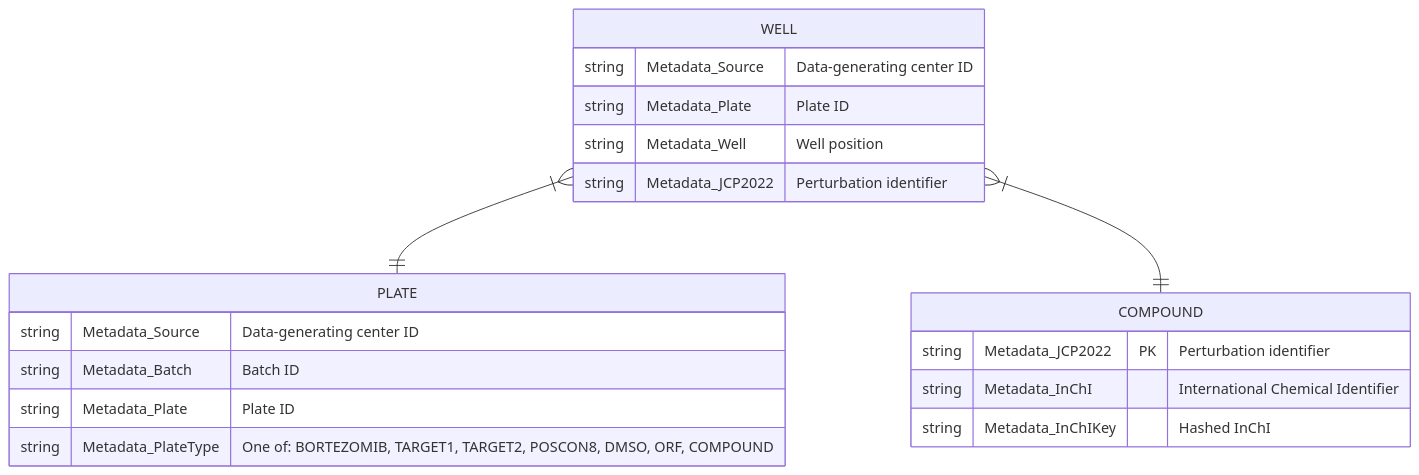
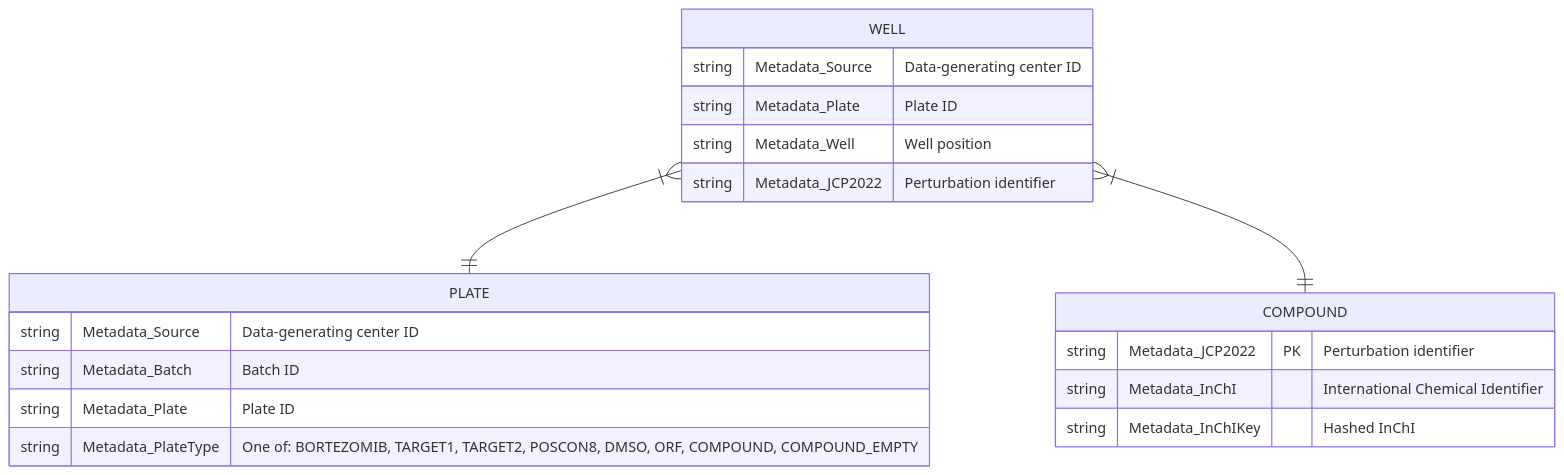
The diagram in metadata/README.md (jump-cellpainting/datasets), drawn with Mermaid before and after one commit. The commit also changed other lines of this file, not shown here.

````diff
--- a/metadata/README.md
+++ b/metadata/README.md
@@ -3,22 +6,22 @@
 ```mermaid
 erDiagram
     WELL }|--|| PLATE : ""
     WELL {
         string Metadata_Source "Data-generating center ID"
         string Metadata_Plate "Plate ID"
         string Metadata_Well "Well position"
         string Metadata_JCP2022 "Perturbation identifier"
     }
     PLATE {
         string Metadata_Source "Data-generating center ID"
         string Metadata_Batch "Batch ID"
         string Metadata_Plate "Plate ID"
-        string Metadata_PlateType "One of: BORTEZOMIB, TARGET1, TARGET2, POSCON8, DMSO, ORF, COMPOUND"
+        string Metadata_PlateType "One of: BORTEZOMIB, TARGET1, TARGET2, POSCON8, DMSO, ORF, COMPOUND, COMPOUND_EMPTY"
     }
     WELL }|--|| COMPOUND : ""
     COMPOUND {
         string Metadata_JCP2022 PK "Perturbation identifier"
         string Metadata_InChI "International Chemical Identifier"
         string Metadata_InChIKey "Hashed InChI"
     }
 ```
````
